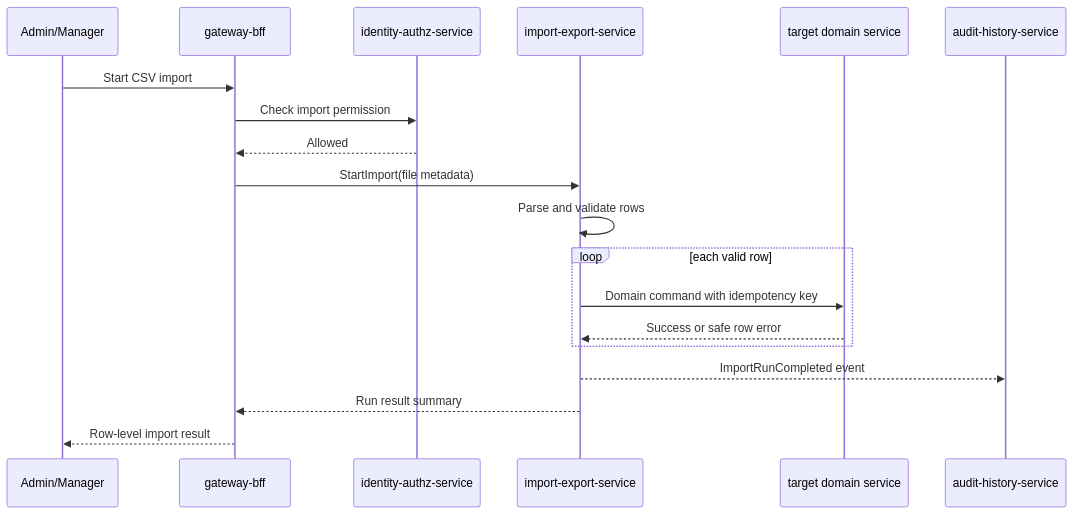
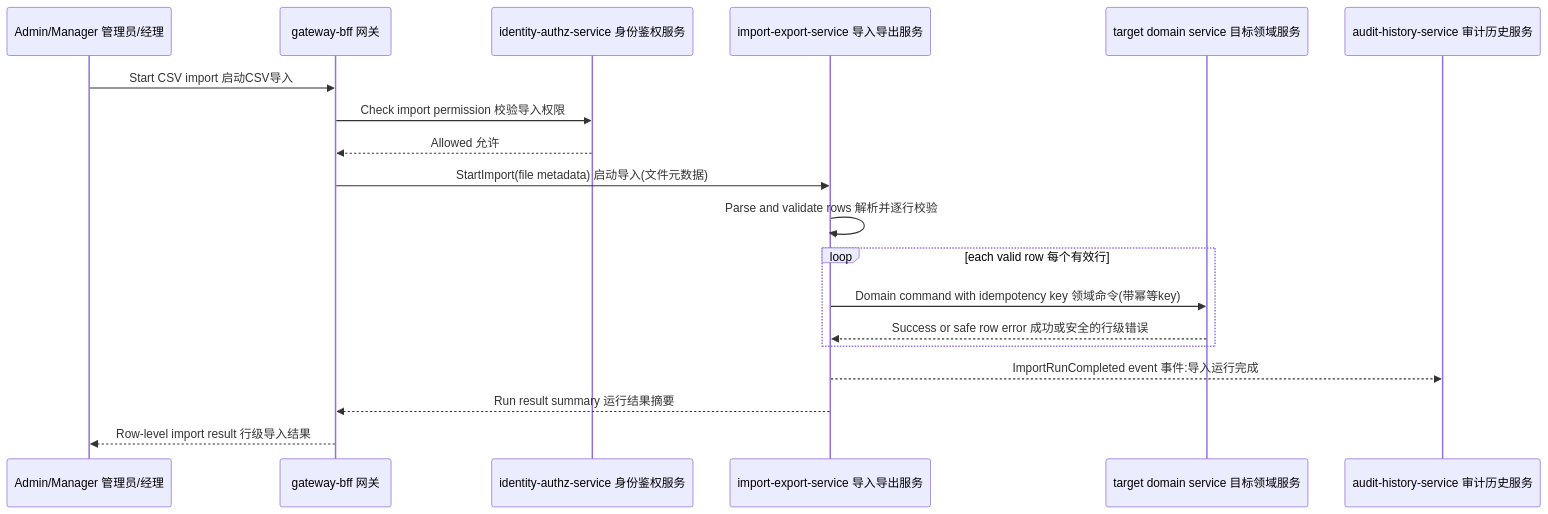
One commit to Neil996777/crm-system changed the third of 4 diagrams in docs/architecture/integration-design.md. Above: the diagram before and after it, drawn with Mermaid. The commit also changed other lines of this file and 33 other files, not shown here.

````diff
--- a/docs/architecture/integration-design.md
+++ b/docs/architecture/integration-design.md
@@ -112,22 +112,22 @@
 ```mermaid
 sequenceDiagram
-  participant U as Admin/Manager
-  participant G as gateway-bff
-  participant P as identity-authz-service
-  participant I as import-export-service
-  participant T as target domain service
-  participant H as audit-history-service
+  participant U as Admin/Manager 管理员/经理
+  participant G as gateway-bff 网关
+  participant P as identity-authz-service 身份鉴权服务
+  participant I as import-export-service 导入导出服务
+  participant T as target domain service 目标领域服务
+  participant H as audit-history-service 审计历史服务
 
-  U->>G: Start CSV import
-  G->>P: Check import permission
-  P-->>G: Allowed
-  G->>I: StartImport(file metadata)
-  I->>I: Parse and validate rows
-  loop each valid row
-    I->>T: Domain command with idempotency key
-    T-->>I: Success or safe row error
+  U->>G: Start CSV import 启动CSV导入
+  G->>P: Check import permission 校验导入权限
+  P-->>G: Allowed 允许
+  G->>I: StartImport(file metadata) 启动导入(文件元数据)
+  I->>I: Parse and validate rows 解析并逐行校验
+  loop each valid row 每个有效行
+    I->>T: Domain command with idempotency key 领域命令(带幂等key)
+    T-->>I: Success or safe row error 成功或安全的行级错误
   end
-  I-->>H: ImportRunCompleted event
-  I-->>G: Run result summary
-  G-->>U: Row-level import result
+  I-->>H: ImportRunCompleted event 事件:导入运行完成
+  I-->>G: Run result summary 运行结果摘要
+  G-->>U: Row-level import result 行级导入结果
 ```
````
